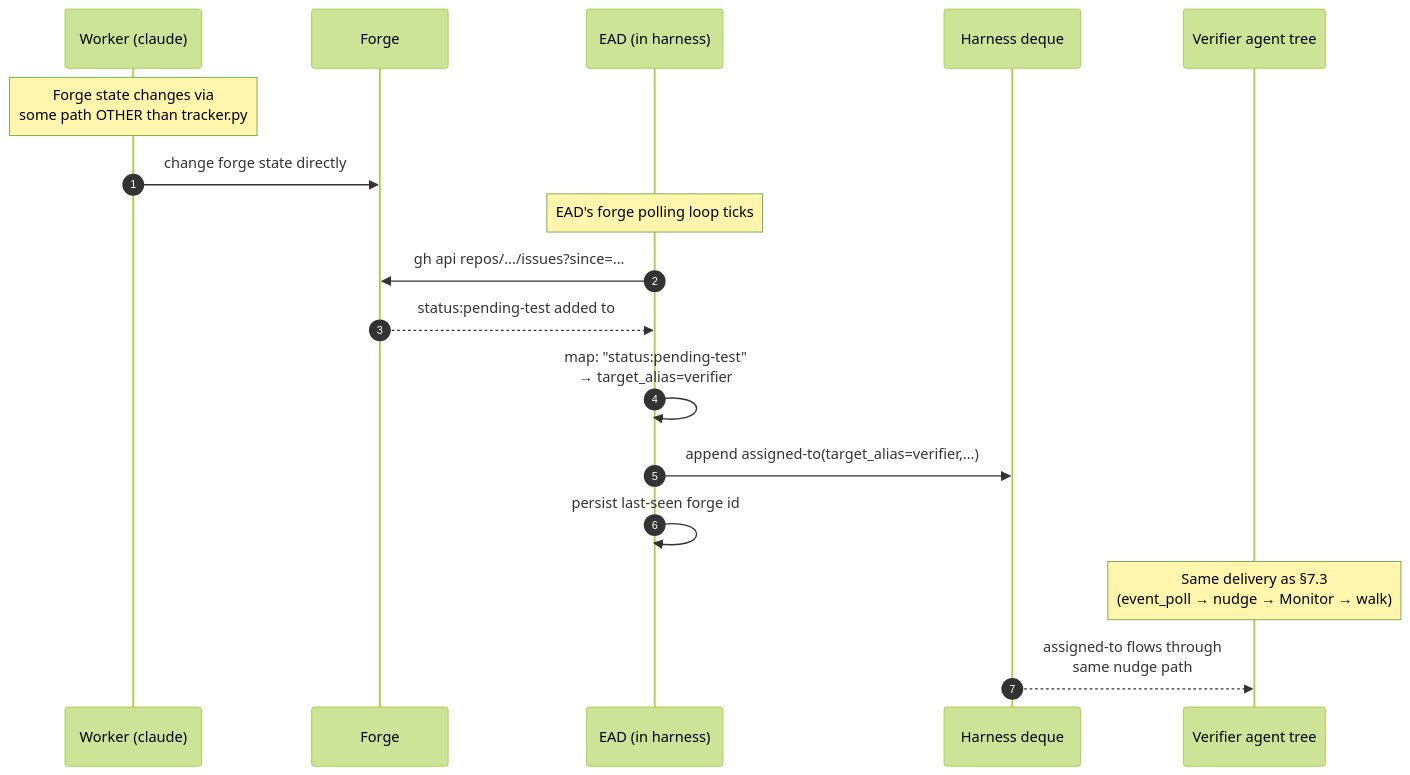
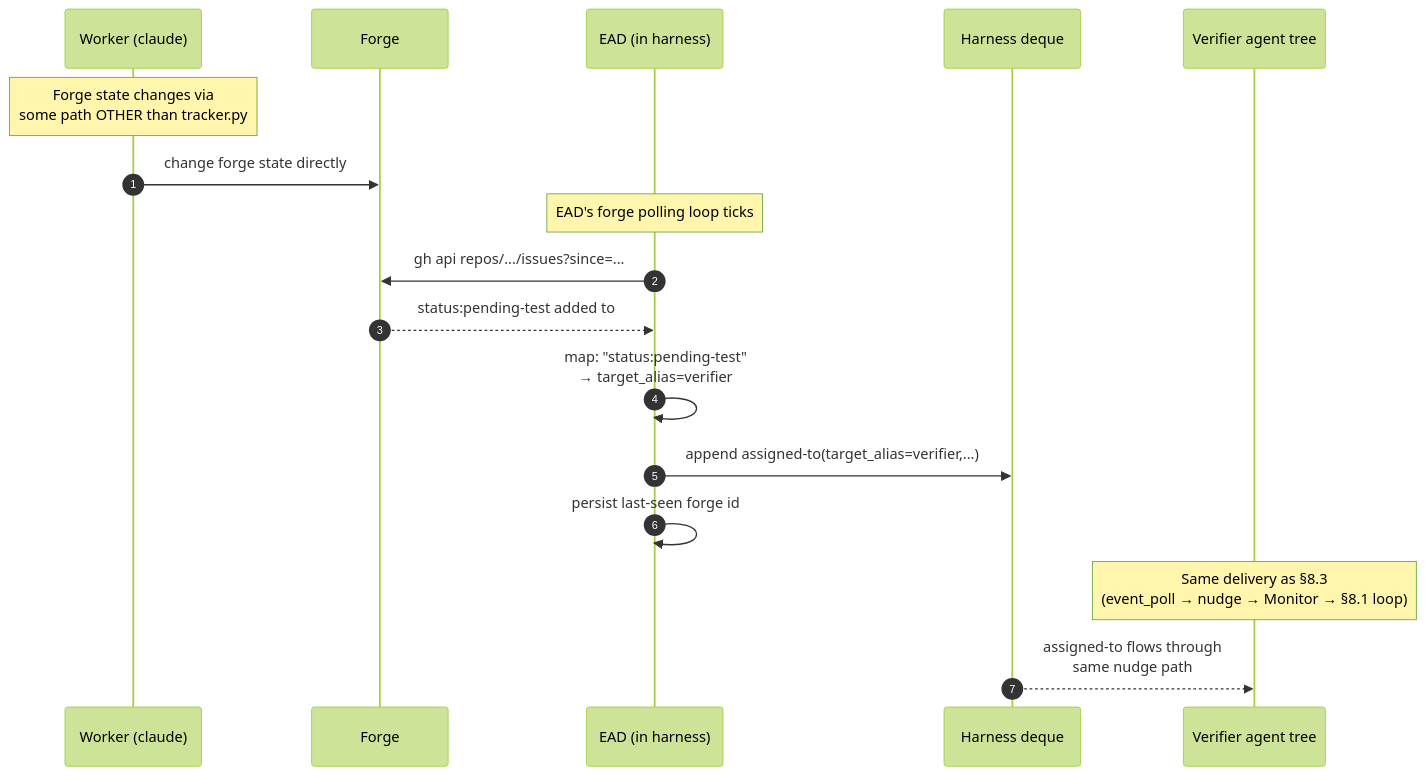
One commit to WallyDoodlez/SquidSquad changed diagram 13 of 15 in docs/AGENT-RUNTIME.md. Above: the diagram before and after it, drawn with Mermaid (forest theme). The commit also changed other lines of this file and 228 other files, not shown here.

````diff
--- a/docs/AGENT-RUNTIME.md
+++ b/docs/AGENT-RUNTIME.md
@@ -992,22 +1015,22 @@
 ```mermaid
 sequenceDiagram
     autonumber
     participant W as Worker (claude)
     participant F as Forge
     participant EAD as EAD (in harness)
     participant H as Harness deque
     participant V as Verifier agent tree
 
     Note over W: Forge state changes via<br/>some path OTHER than tracker.py
     W->>F: change forge state directly
 
     Note over EAD: EAD's forge polling loop ticks
     EAD->>F: gh api repos/.../issues?since=...
     F-->>EAD: status:pending-test added to #9926
     EAD->>EAD: map: "status:pending-test"<br/>→ target_alias=verifier
     EAD->>H: append assigned-to(target_alias=verifier,...)
     EAD->>EAD: persist last-seen forge id
 
-    Note over V: Same delivery as §7.3<br/>(event_poll → nudge → Monitor → walk)
+    Note over V: Same delivery as §8.3<br/>(event_poll → nudge → Monitor → §8.1 loop)
     H-->>V: assigned-to flows through<br/>same nudge path
 ```
````
